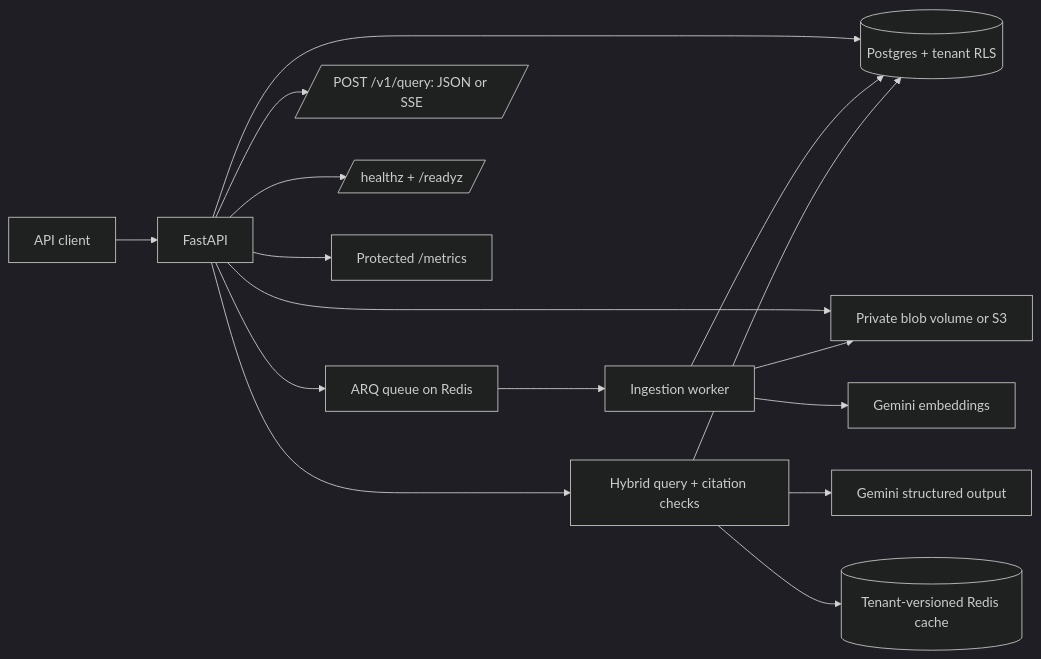
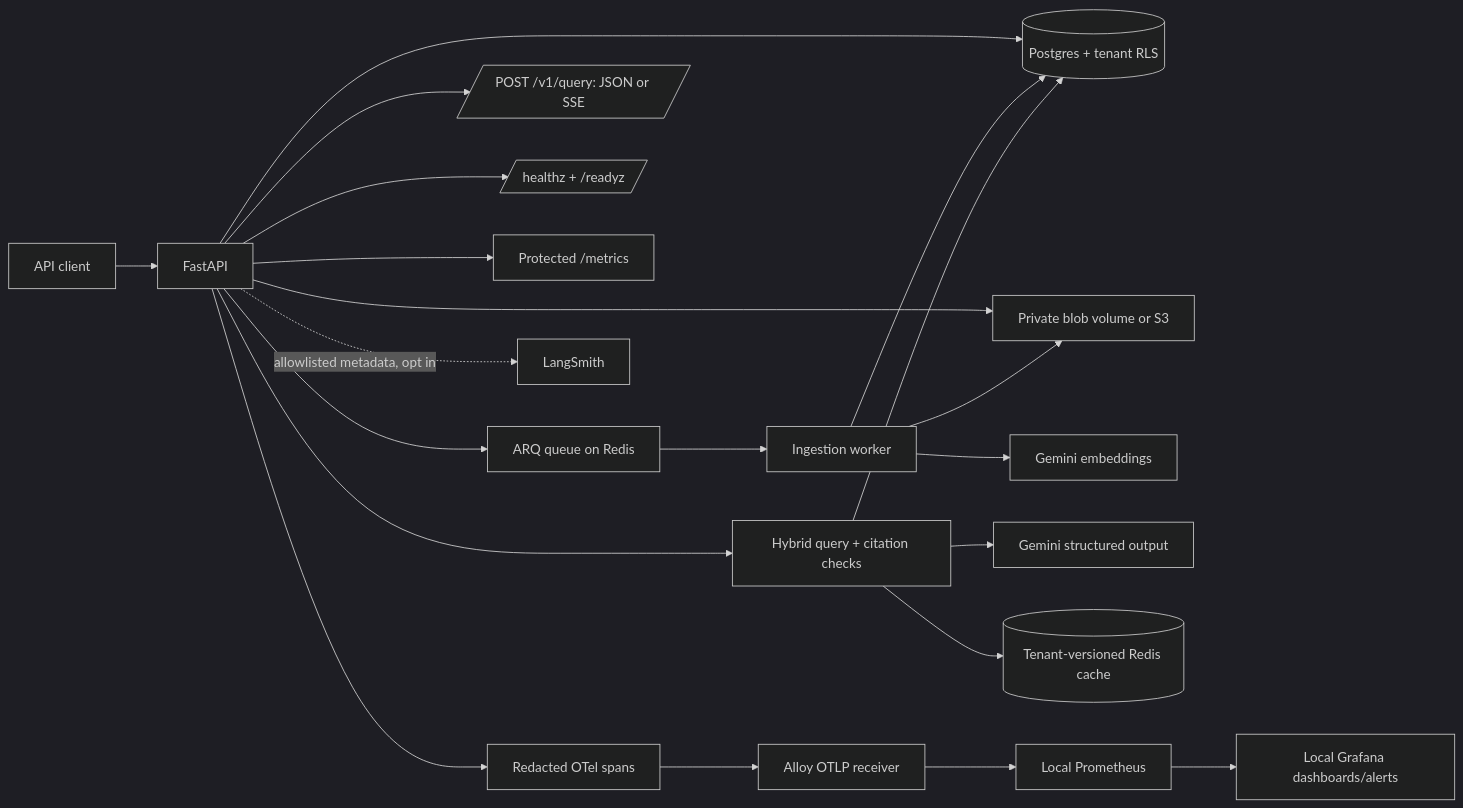
Before and after one commit to emmanuelmassawe/Enterprises-Rag-Platform: the diagram in README.md, drawn with Mermaid (dark theme). The commit also changed other lines of this file and 23 other files, not shown here.

````diff
--- a/README.md
+++ b/README.md
@@ -21,18 +21,23 @@
 ```mermaid
 flowchart LR
   Client[API client] --> API[FastAPI]
   API --> DB[(Postgres + tenant RLS)]
   API --> Blob[Private blob volume or S3]
   API --> Queue[ARQ queue on Redis]
   Queue --> Worker[Ingestion worker]
   Worker --> DB
   Worker --> Blob
   Worker --> Gemini[Gemini embeddings]
   API --> Query[Hybrid query + citation checks]
   Query --> DB
   Query --> GeminiAnswer[Gemini structured output]
   Query --> Cache[(Tenant-versioned Redis cache)]
   API --> SSE[/POST /v1/query: JSON or SSE/]
   API --> Health[/healthz + /readyz/]
   API --> Metrics[Protected /metrics]
+  API --> OTel[Redacted OTel spans]
+  OTel --> Alloy[Alloy OTLP receiver]
+  Alloy --> Prometheus[Local Prometheus]
+  Prometheus --> Grafana[Local Grafana dashboards/alerts]
+  API -. allowlisted metadata, opt in .-> LangSmith[LangSmith]
 ```
````
